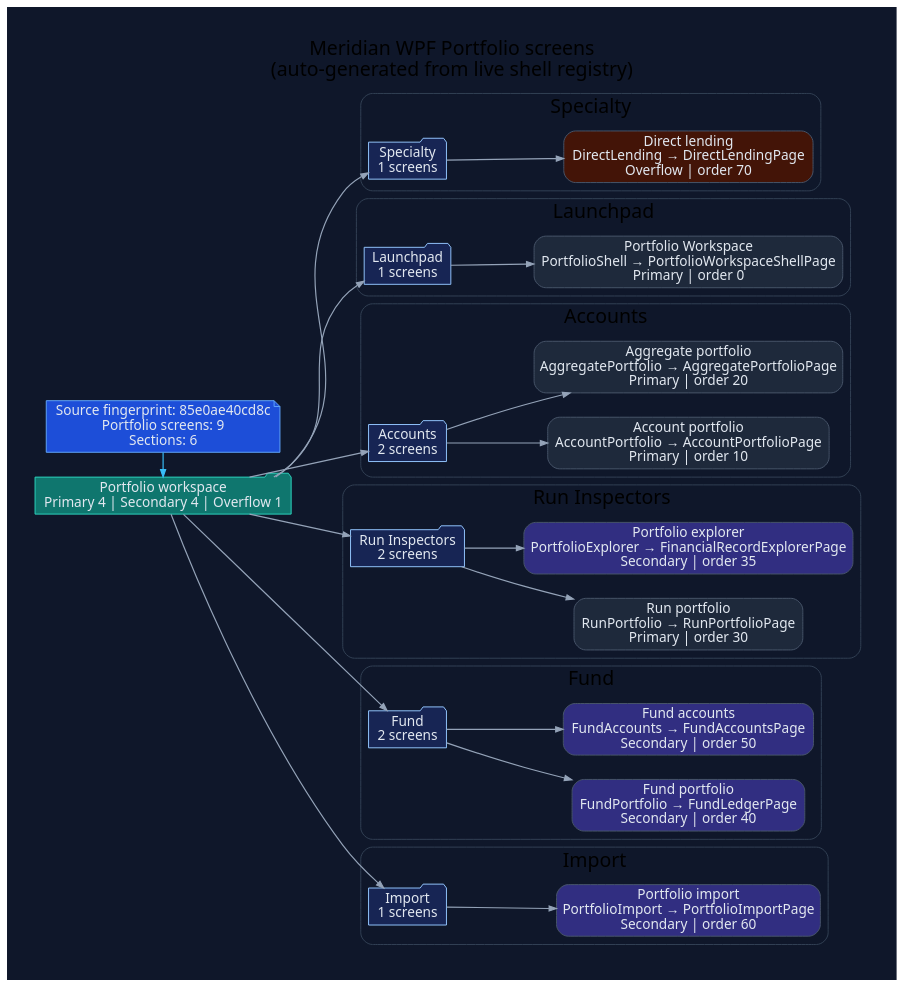
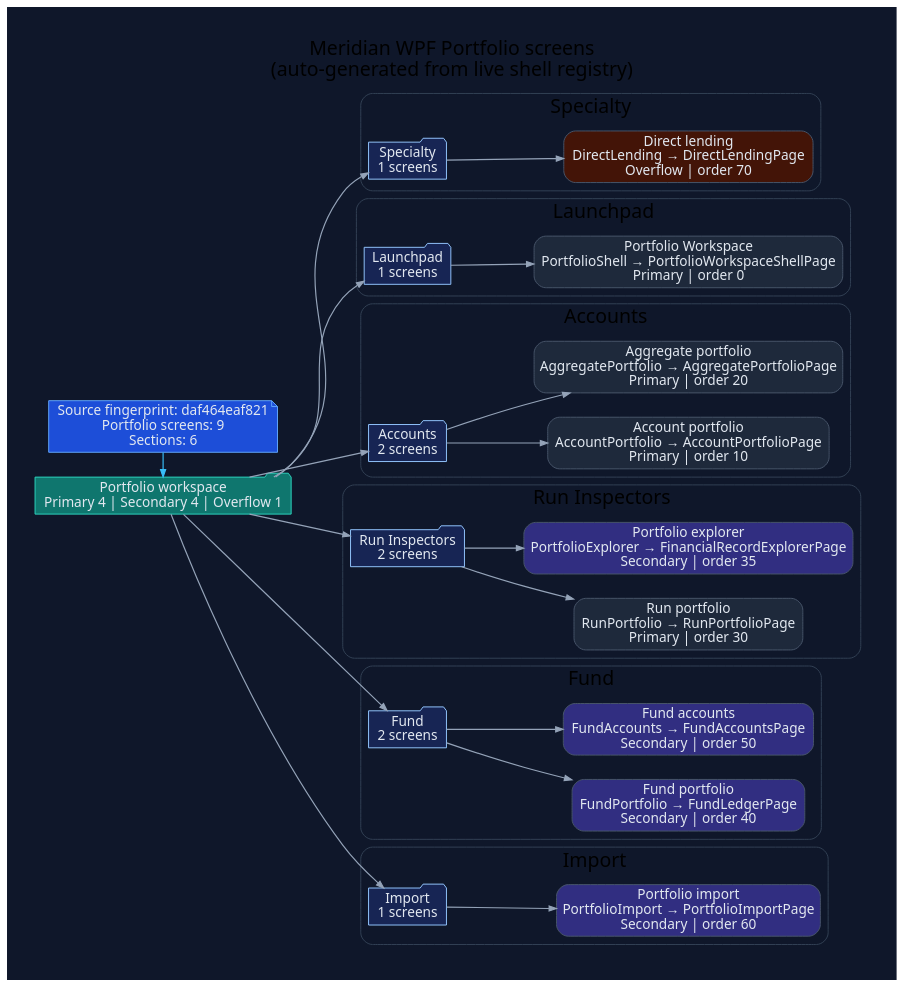
Before and after one commit to rodoHasArrived/Meridian-main: the diagram in docs/diagrams/ui/ui-wpf-screens-portfolio.dot, drawn with Graphviz. The commit also changed 45 other files, not shown here.

First line of the commit message:
Regenerate WPF screen diagrams and tracker after view-model changes

```diff
--- a/docs/diagrams/ui/ui-wpf-screens-portfolio.dot
+++ b/docs/diagrams/ui/ui-wpf-screens-portfolio.dot
@@ -1,92 +1,92 @@
 // -----------------------------------------------------------------------------
 // <auto-generated>
 // Generated by scripts/generate-diagrams.mjs.
 // Do not edit this file directly; update the WPF source files instead.
 // -----------------------------------------------------------------------------
 digraph WpfPortfolioScreens {
   graph [
     rankdir=LR,
     labelloc=t,
     label="Meridian WPF Portfolio screens\n(auto-generated from live shell registry)",
     fontname="Segoe UI",
     fontsize=20,
     pad=0.4,
     nodesep=0.35,
     ranksep=0.85,
     bgcolor="#0f172a"
   ];
   node [fontname="Segoe UI", shape=box, style="rounded,filled", color="#475569", fontcolor="#e2e8f0", fillcolor="#1e293b"];
   edge [fontname="Segoe UI", color="#94a3b8", penwidth=1.2, arrowsize=0.75];
 
-  generated [shape=note, fillcolor="#1d4ed8", color="#60a5fa", label="Source fingerprint: 85e0ae40cd8c\nPortfolio screens: 9\nSections: 6"];
+  generated [shape=note, fillcolor="#1d4ed8", color="#60a5fa", label="Source fingerprint: daf464eaf821\nPortfolio screens: 9\nSections: 6"];
   workspace [shape=folder, fillcolor="#0f766e", color="#2dd4bf", label="Portfolio workspace\nPrimary 4 | Secondary 4 | Overflow 1"];
   generated -> workspace [color="#38bdf8"];
 
   subgraph cluster_section_1 {
     label="Specialty";
     color="#334155";
     style="rounded";
     section_1 [shape=folder, fillcolor="#172554", color="#93c5fd", label="Specialty\n1 screens"];
     workspace -> section_1;
     screen_DirectLending [fillcolor="#431407", label="Direct lending\nDirectLending → DirectLendingPage\nOverflow | order 70"];
     section_1 -> screen_DirectLending;
   }
 
   subgraph cluster_section_2 {
     label="Launchpad";
     color="#334155";
     style="rounded";
     section_2 [shape=folder, fillcolor="#172554", color="#93c5fd", label="Launchpad\n1 screens"];
     workspace -> section_2;
     screen_PortfolioShell [fillcolor="#1e293b", label="Portfolio Workspace\nPortfolioShell → PortfolioWorkspaceShellPage\nPrimary | order 0"];
     section_2 -> screen_PortfolioShell;
   }
 
   subgraph cluster_section_3 {
     label="Accounts";
     color="#334155";
     style="rounded";
     section_3 [shape=folder, fillcolor="#172554", color="#93c5fd", label="Accounts\n2 screens"];
     workspace -> section_3;
     screen_AccountPortfolio [fillcolor="#1e293b", label="Account portfolio\nAccountPortfolio → AccountPortfolioPage\nPrimary | order 10"];
     section_3 -> screen_AccountPortfolio;
     screen_AggregatePortfolio [fillcolor="#1e293b", label="Aggregate portfolio\nAggregatePortfolio → AggregatePortfolioPage\nPrimary | order 20"];
     section_3 -> screen_AggregatePortfolio;
   }
 
   subgraph cluster_section_4 {
     label="Run Inspectors";
     color="#334155";
     style="rounded";
     section_4 [shape=folder, fillcolor="#172554", color="#93c5fd", label="Run Inspectors\n2 screens"];
     workspace -> section_4;
     screen_RunPortfolio [fillcolor="#1e293b", label="Run portfolio\nRunPortfolio → RunPortfolioPage\nPrimary | order 30"];
     section_4 -> screen_RunPortfolio;
     screen_PortfolioExplorer [fillcolor="#312e81", label="Portfolio explorer\nPortfolioExplorer → FinancialRecordExplorerPage\nSecondary | order 35"];
     section_4 -> screen_PortfolioExplorer;
   }
 
   subgraph cluster_section_5 {
     label="Fund";
     color="#334155";
     style="rounded";
     section_5 [shape=folder, fillcolor="#172554", color="#93c5fd", label="Fund\n2 screens"];
     workspace -> section_5;
     screen_FundPortfolio [fillcolor="#312e81", label="Fund portfolio\nFundPortfolio → FundLedgerPage\nSecondary | order 40"];
     section_5 -> screen_FundPortfolio;
     screen_FundAccounts [fillcolor="#312e81", label="Fund accounts\nFundAccounts → FundAccountsPage\nSecondary | order 50"];
     section_5 -> screen_FundAccounts;
   }
 
   subgraph cluster_section_6 {
     label="Import";
     color="#334155";
     style="rounded";
     section_6 [shape=folder, fillcolor="#172554", color="#93c5fd", label="Import\n1 screens"];
     workspace -> section_6;
     screen_PortfolioImport [fillcolor="#312e81", label="Portfolio import\nPortfolioImport → PortfolioImportPage\nSecondary | order 60"];
     section_6 -> screen_PortfolioImport;
   }
 
   { rank=min; generated; workspace; }
 }
```
